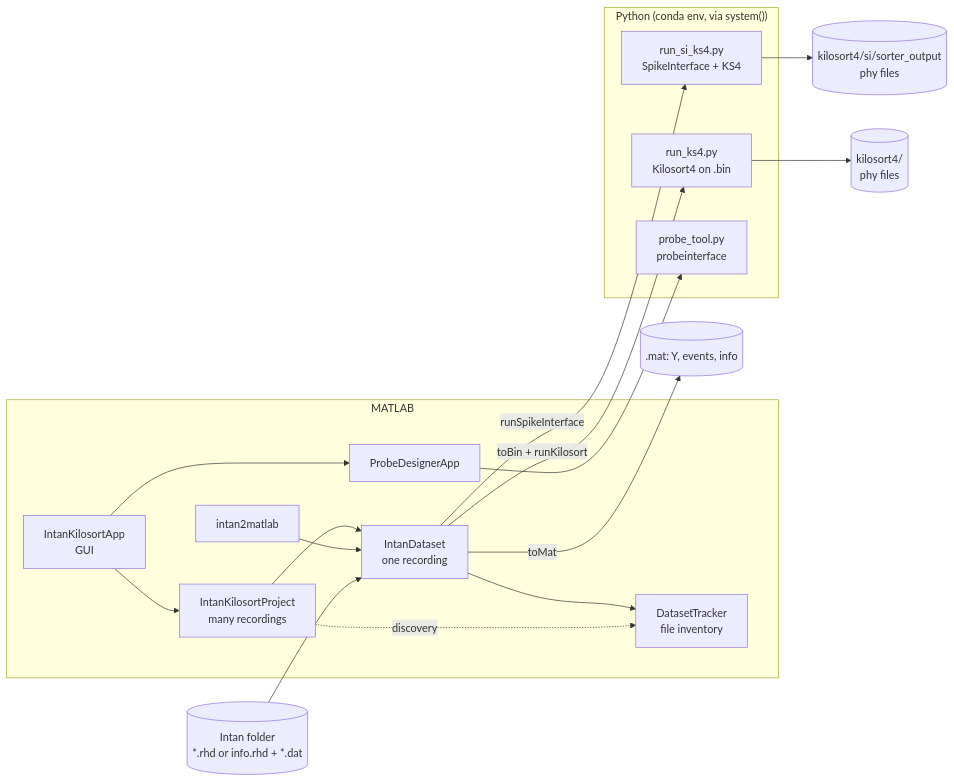
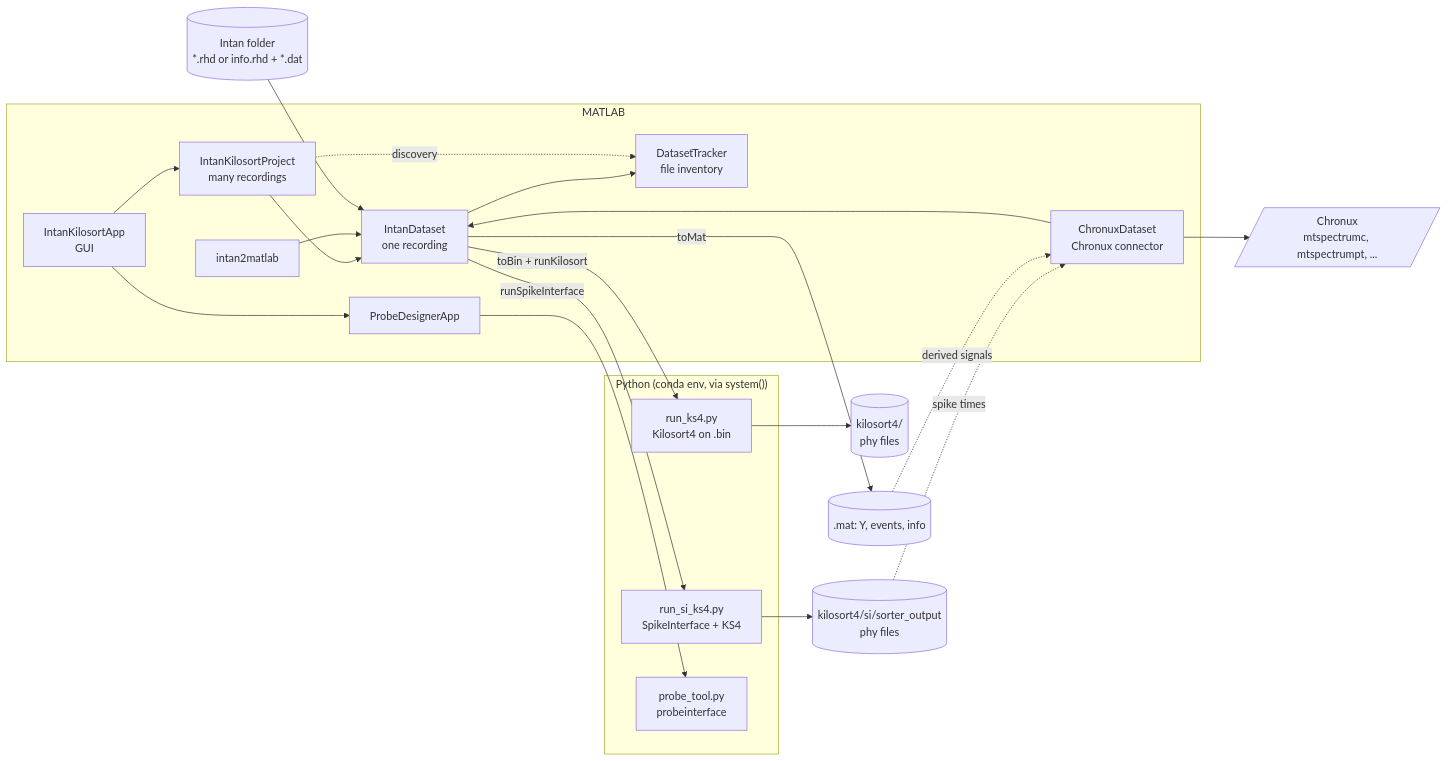
One commit to dstolz/ephys_analysis changed the diagram in documentation/README.md. Above: the diagram before and after it, drawn with Mermaid. The commit also changed other lines of this file and 13 other files, not shown here.

````diff
--- a/documentation/README.md
+++ b/documentation/README.md
@@ -33,23 +35,27 @@
 ```mermaid
 flowchart LR
     subgraph MATLAB
         APP[IntanKilosortApp<br/>GUI] --> PRJ[IntanKilosortProject<br/>many recordings]
         APP --> PDA[ProbeDesignerApp]
         PRJ --> DS[IntanDataset<br/>one recording]
         DS --> DT[DatasetTracker<br/>file inventory]
         PRJ -. discovery .-> DT
         I2M[intan2matlab] --> DS
+        CX[ChronuxDataset<br/>Chronux connector] --> DS
     end
     subgraph Python["Python (conda env, via system())"]
         SI[run_si_ks4.py<br/>SpikeInterface + KS4]
         KS[run_ks4.py<br/>Kilosort4 on .bin]
         PT[probe_tool.py<br/>probeinterface]
     end
     RAW[(Intan folder<br/>*.rhd or info.rhd + *.dat)] --> DS
     DS -- runSpikeInterface --> SI
     DS -- toBin + runKilosort --> KS
     PDA --> PT
     SI --> OUT[(kilosort4/si/sorter_output<br/>phy files)]
     KS --> OUT2[(kilosort4/<br/>phy files)]
     DS -- toMat --> MAT[(.mat: Y, events, info)]
+    OUT -. spike times .-> CX
+    MAT -. derived signals .-> CX
+    CX --> CHX[/Chronux<br/>mtspectrumc, mtspectrumpt, .../]
 ```
````
